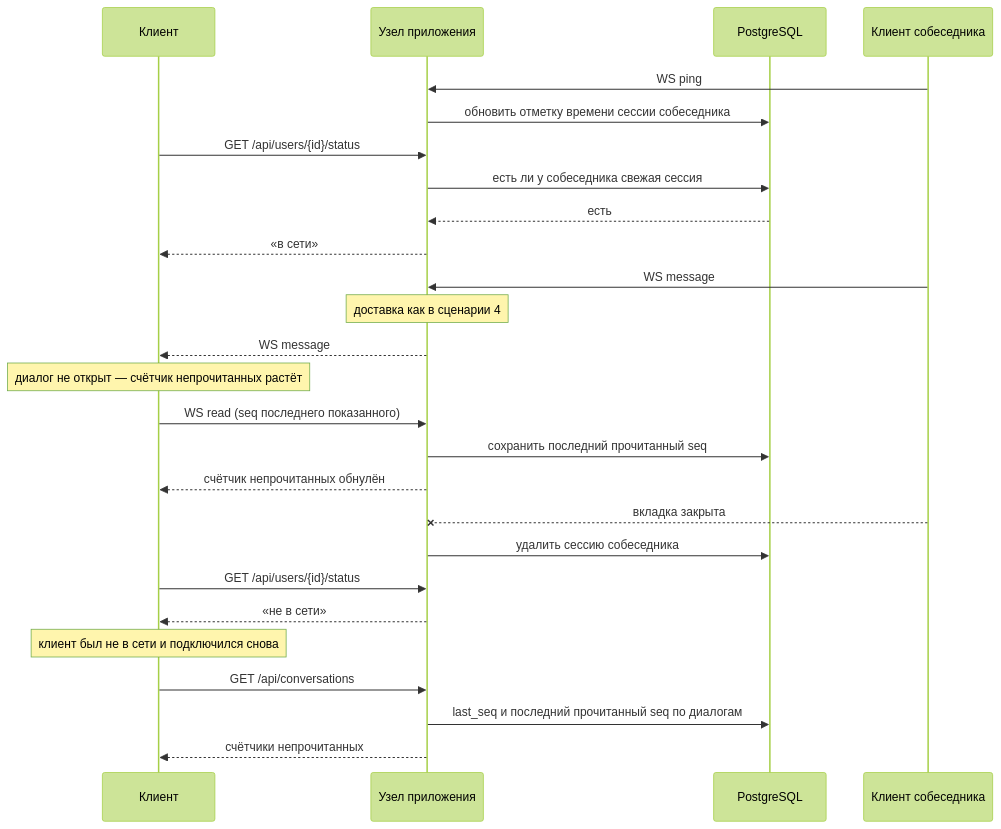
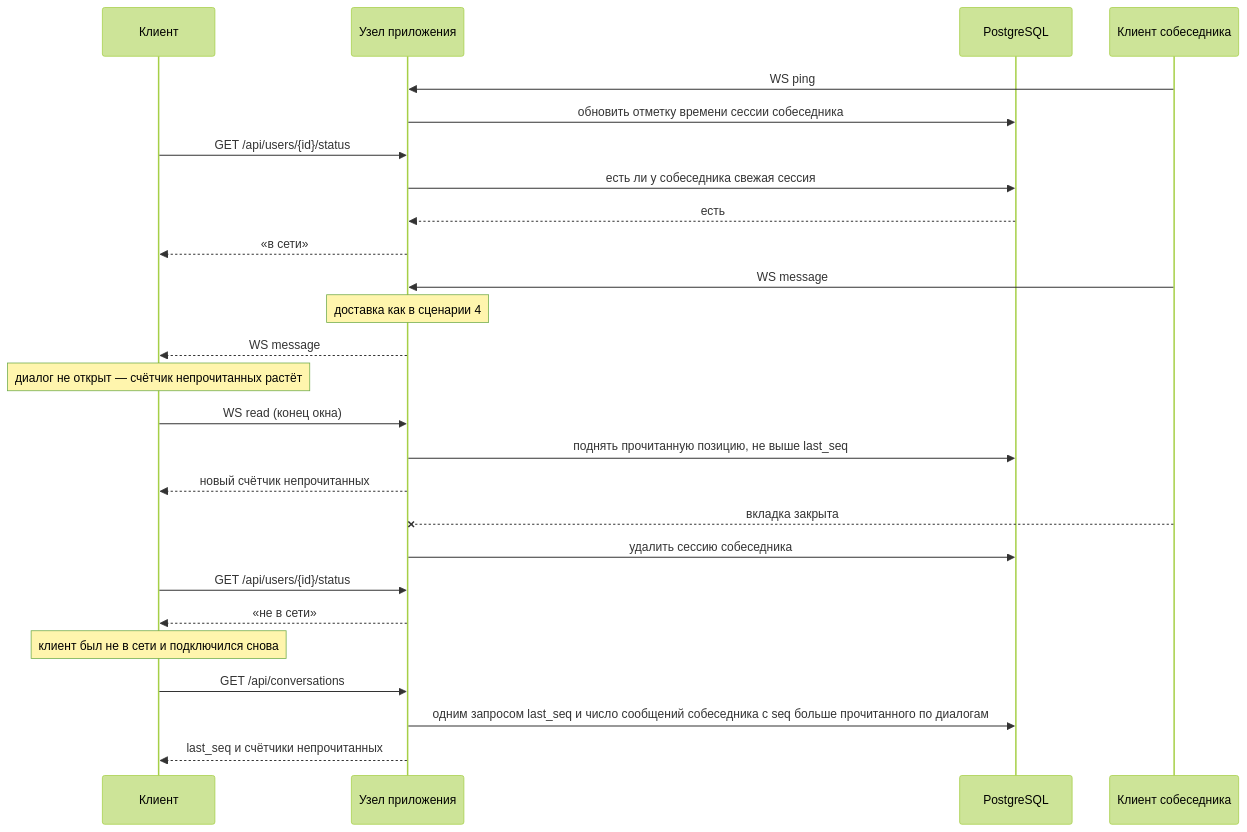
Before and after one commit to spbu-ds-practicum-2026/TheBoys: the sixth of 9 diagrams in docs/tr.md, drawn with Mermaid (forest theme). The commit also changed other lines of this file, not shown here.

````diff
--- a/docs/tr.md
+++ b/docs/tr.md
@@ -328,28 +342,28 @@
 ```mermaid
 sequenceDiagram
   participant C as Клиент
   participant N as Узел приложения
   participant DB as PostgreSQL
   participant P as Клиент собеседника
   P->>N: WS ping
   N->>DB: обновить отметку времени сессии собеседника
   C->>N: GET /api/users/{id}/status
   N->>DB: есть ли у собеседника свежая сессия
   DB-->>N: есть
   N-->>C: «в сети»
   P->>N: WS message
   Note over N: доставка как в сценарии 4
   N-->>C: WS message
   Note over C: диалог не открыт — счётчик непрочитанных растёт
-  C->>N: WS read (seq последнего показанного)
-  N->>DB: сохранить последний прочитанный seq
-  N-->>C: счётчик непрочитанных обнулён
+  C->>N: WS read (конец окна)
+  N->>DB: поднять прочитанную позицию, не выше last_seq
+  N-->>C: новый счётчик непрочитанных
   P--xN: вкладка закрыта
   N->>DB: удалить сессию собеседника
   C->>N: GET /api/users/{id}/status
   N-->>C: «не в сети»
   Note over C: клиент был не в сети и подключился снова
   C->>N: GET /api/conversations
-  N->>DB: last_seq и последний прочитанный seq по диалогам
-  N-->>C: счётчики непрочитанных
+  N->>DB: одним запросом last_seq и число сообщений собеседника с seq больше прочитанного по диалогам
+  N-->>C: last_seq и счётчики непрочитанных
 ```
````
